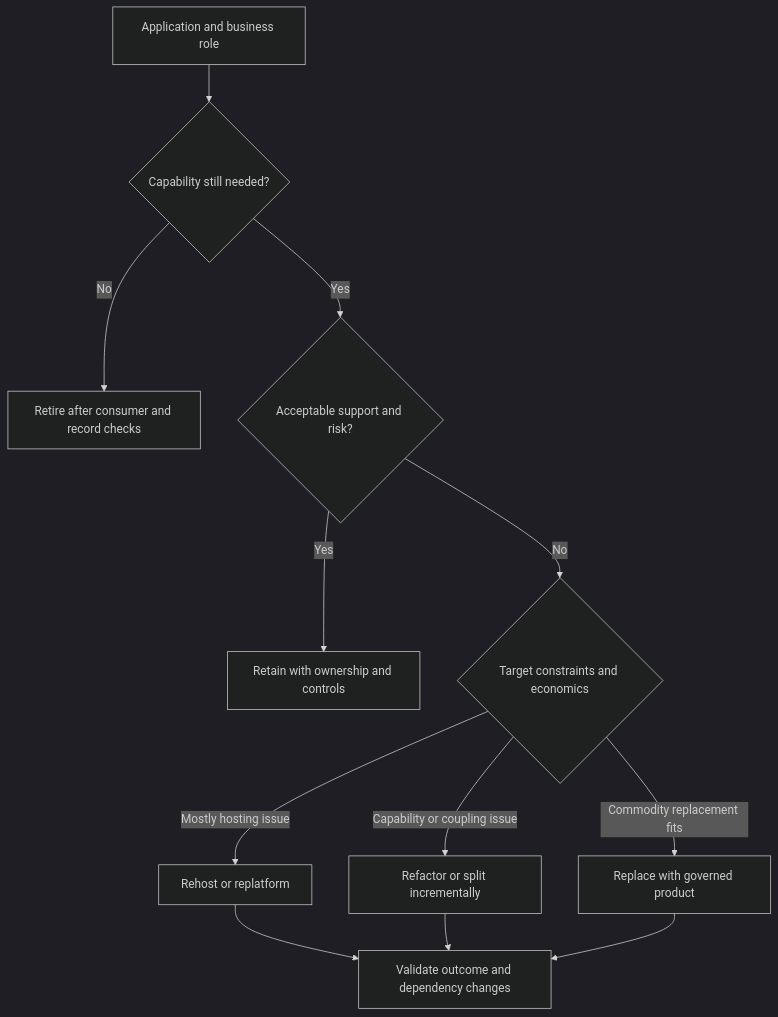
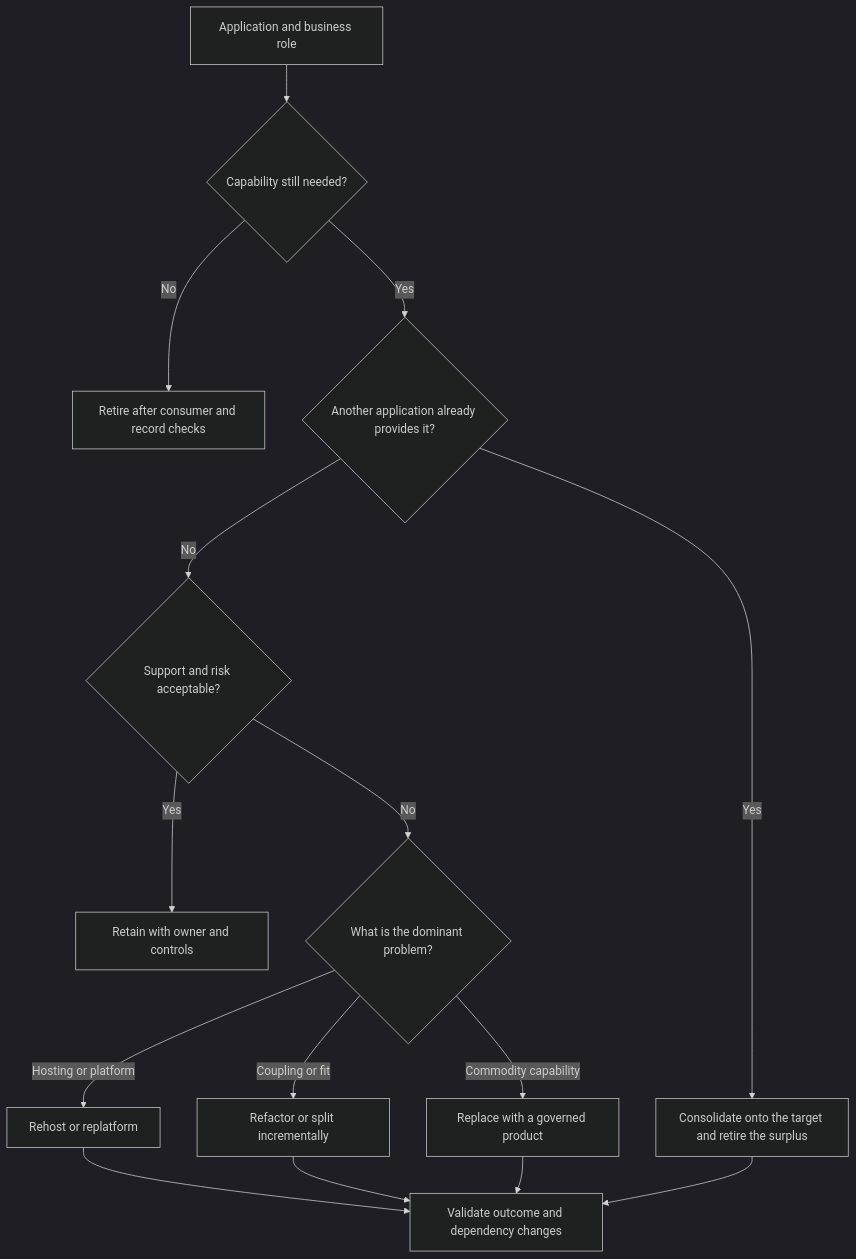
Before and after one commit to joydasss/Architect: the sixth of 10 diagrams in 18_Enterprise_Architecture/CH05_Application_Architecture.md, drawn with Mermaid (dark theme). The commit also changed other lines of this file and 22 other files, not shown here.

Commit message:
Architecture changes

````diff
--- a/18_Enterprise_Architecture/CH05_Application_Architecture.md
+++ b/18_Enterprise_Architecture/CH05_Application_Architecture.md
@@ -66,14 +309,17 @@
 ```mermaid
 flowchart TD
-    App[Application and business role] --> Needed{Capability still needed?}
-    Needed -->|No| Retire[Retire after consumer and record checks]
-    Needed -->|Yes| Risk{Acceptable support and risk?}
-    Risk -->|Yes| Retain[Retain with ownership and controls]
-    Risk -->|No| Constraints{Target constraints and economics}
-    Constraints -->|Mostly hosting issue| Rehost[Rehost or replatform]
-    Constraints -->|Capability or coupling issue| Refactor[Refactor or split incrementally]
-    Constraints -->|Commodity replacement fits| Replace[Replace with governed product]
-    Rehost --> Verify[Validate outcome and dependency changes]
+    Start["Application and business role"] --> Needed{"Capability still needed?"}
+    Needed -->|"No"| Retire["Retire after consumer and record checks"]
+    Needed -->|"Yes"| Dup{"Another application already provides it?"}
+    Dup -->|"Yes"| Consolidate["Consolidate onto the target and retire the surplus"]
+    Dup -->|"No"| Risk{"Support and risk acceptable?"}
+    Risk -->|"Yes"| Retain["Retain with owner and controls"]
+    Risk -->|"No"| Problem{"What is the dominant problem?"}
+    Problem -->|"Hosting or platform"| Platform["Rehost or replatform"]
+    Problem -->|"Coupling or fit"| Refactor["Refactor or split incrementally"]
+    Problem -->|"Commodity capability"| Replace["Replace with a governed product"]
+    Platform --> Verify["Validate outcome and dependency changes"]
     Refactor --> Verify
     Replace --> Verify
+    Consolidate --> Verify
 ```
````
